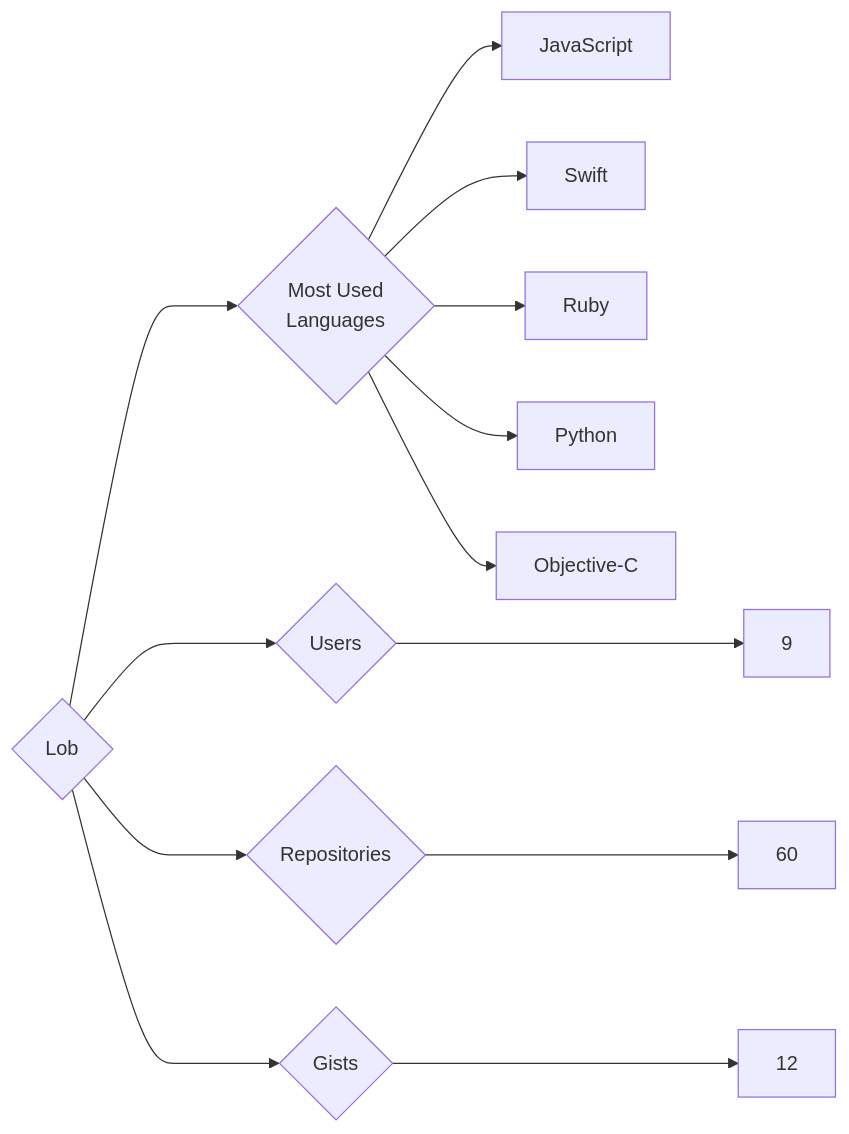
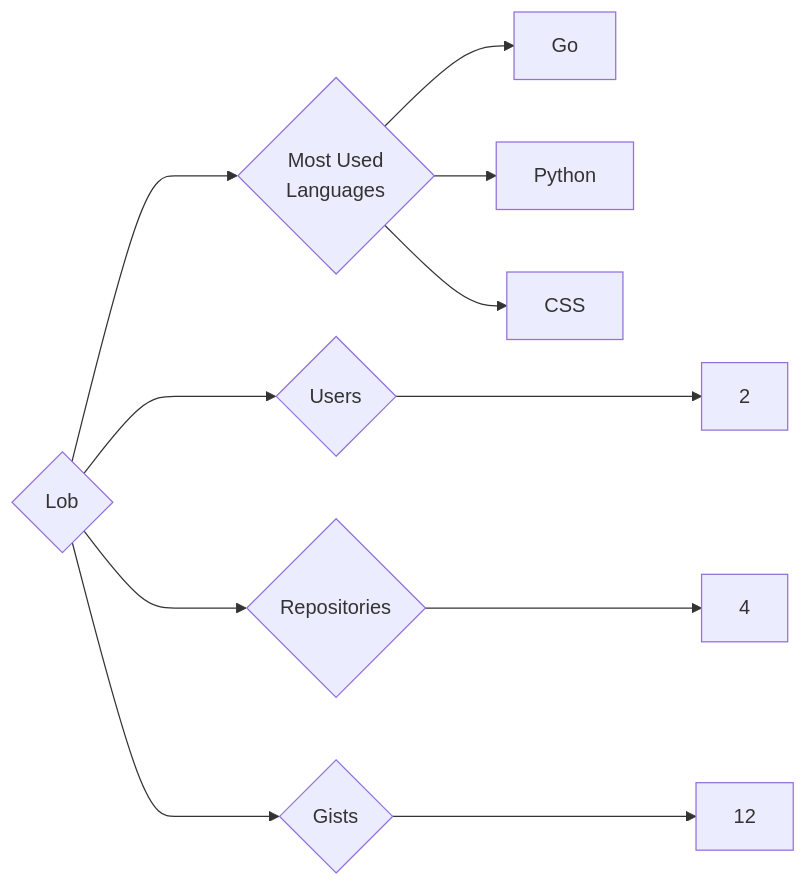
One commit to trickest/insiders changed the diagram in targets/Lob/README.md. Above: the diagram before and after it, drawn with Mermaid. The commit also changed 757 other files, not shown here.

````diff
--- a/targets/Lob/README.md
+++ b/targets/Lob/README.md
@@ -3,13 +3,11 @@
 ```mermaid
 graph LR
 COMPANY_NAME{Lob}
-COMPANY_NAME ---> U{Users} ---> UN[9]
-COMPANY_NAME ---> R{Repositories} ---> RN[60]
+COMPANY_NAME ---> U{Users} ---> UN[2]
+COMPANY_NAME ---> R{Repositories} ---> RN[4]
 COMPANY_NAME ---> G{Gists} ---> GN[12]
 COMPANY_NAME ---> ML{Most Used<br>Languages}
-ML --> JavaScript[JavaScript]
-ML --> Swift[Swift]
-ML --> Ruby[Ruby]
+ML --> Go[Go]
 ML --> Python[Python]
-ML --> Objective-C[Objective-C]
+ML --> CSS[CSS]
 ```
````
